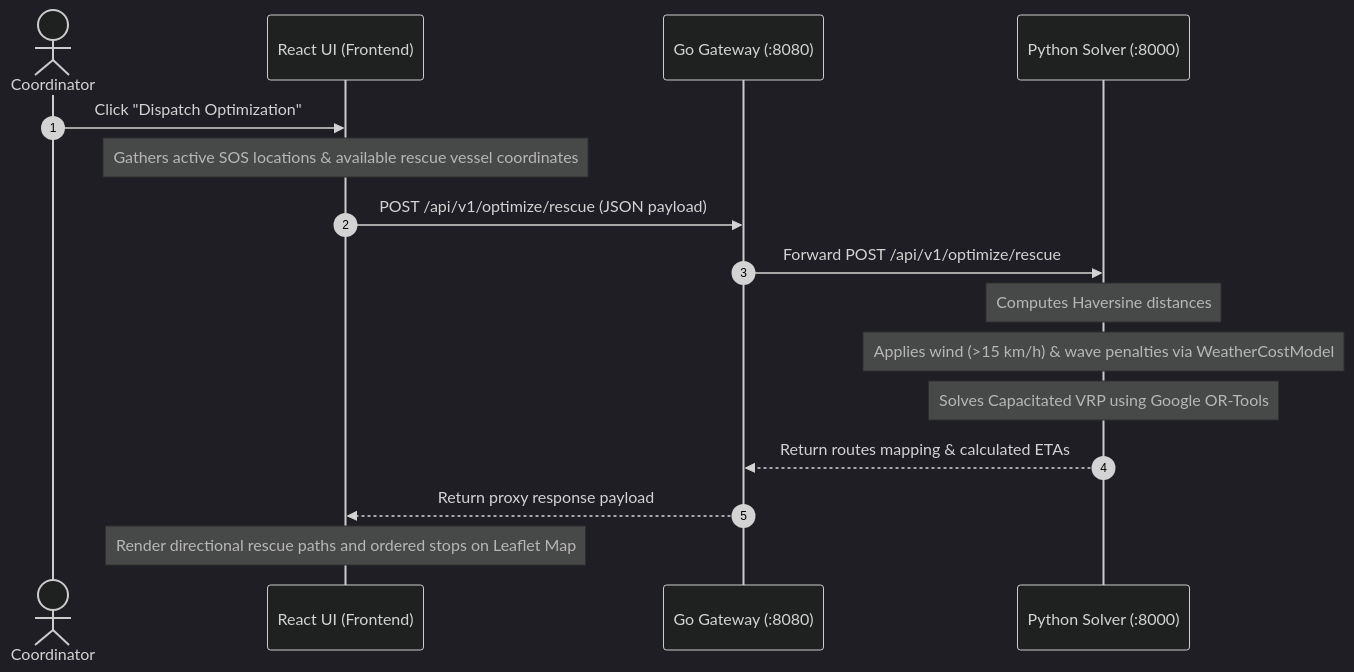
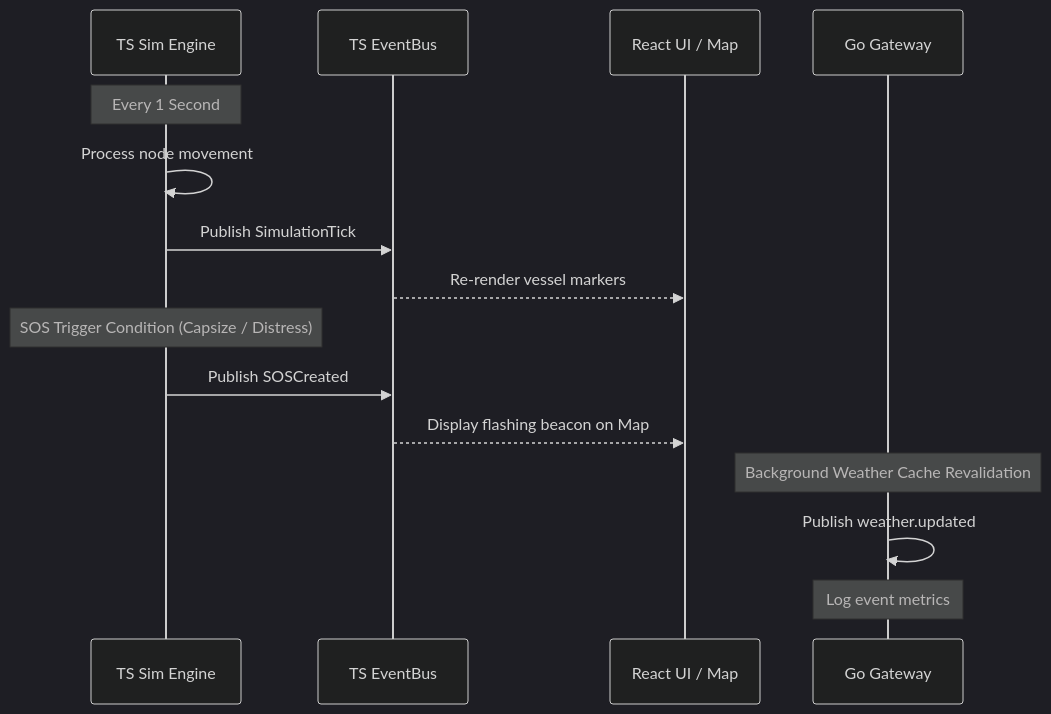
One commit to Gagandeeprai/BeaconMesh changed the third of 3 diagrams in docs/architecture/architecture-overview.md. Above: the diagram before and after it, drawn with Mermaid (dark theme). The commit also changed other lines of this file and 9 other files, not shown here.

Commit message:
docs: improve architecture-overview with current vs planned separation, evolution log, event flows, and deployment specs

````diff
--- a/docs/architecture/architecture-overview.md
+++ b/docs/architecture/architecture-overview.md
@@ -144,19 +210,20 @@
 ```mermaid
 sequenceDiagram
-    autonumber
-    actor SAR as Coordinator
-    participant FE as React UI (Frontend)
-    participant GO as Go Gateway (:8080)
-    participant PY as Python Solver (:8000)
+    participant FE_Engine as TS Sim Engine
+    participant FE_Bus as TS EventBus
+    participant FE_UI as React UI / Map
+    participant Go_GW as Go Gateway
 
-    SAR->>FE: Click "Dispatch Optimization"
-    Note over FE: Gathers active SOS locations & available rescue vessel coordinates
-    FE->>GO: POST /api/v1/optimize/rescue (JSON payload)
-    GO->>PY: Forward POST /api/v1/optimize/rescue
-    Note over PY: Computes Haversine distances
-    Note over PY: Applies wind (>15 km/h) & wave penalties via WeatherCostModel
-    Note over PY: Solves Capacitated VRP using Google OR-Tools
-    PY-->>GO: Return routes mapping & calculated ETAs
-    GO-->>FE: Return proxy response payload
-    Note over FE: Render directional rescue paths and ordered stops on Leaflet Map
+    Note over FE_Engine: Every 1 Second
+    FE_Engine->>FE_Engine: Process node movement
+    FE_Engine->>FE_Bus: Publish SimulationTick
+    FE_Bus-->>FE_UI: Re-render vessel markers
+    
+    Note over FE_Engine: SOS Trigger Condition (Capsize / Distress)
+    FE_Engine->>FE_Bus: Publish SOSCreated
+    FE_Bus-->>FE_UI: Display flashing beacon on Map
+    
+    Note over Go_GW: Background Weather Cache Revalidation
+    Go_GW->>Go_GW: Publish weather.updated
+    Note over Go_GW: Log event metrics
 ```
````
